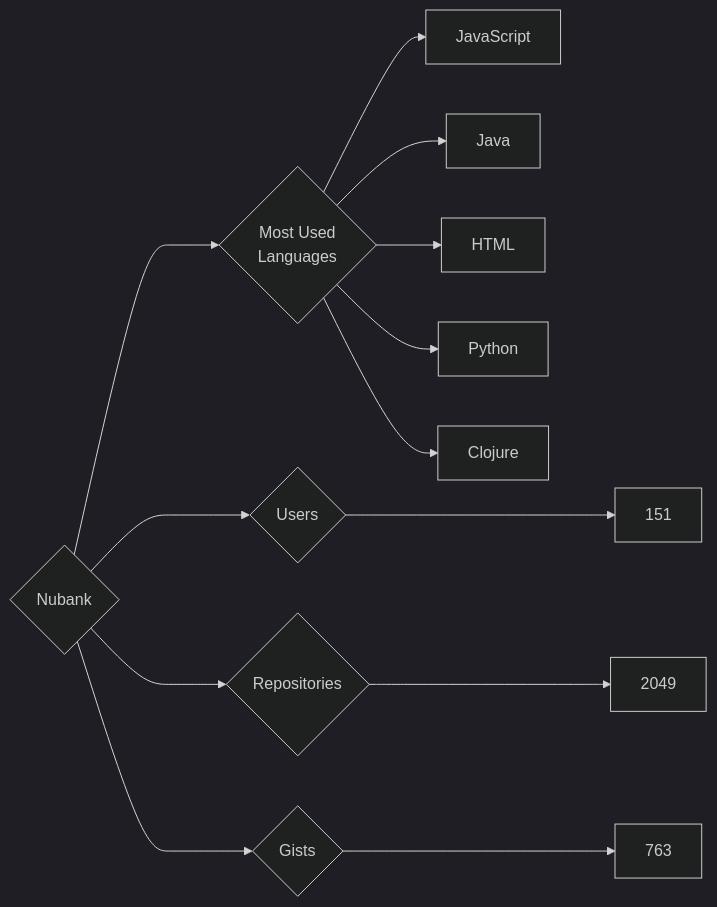
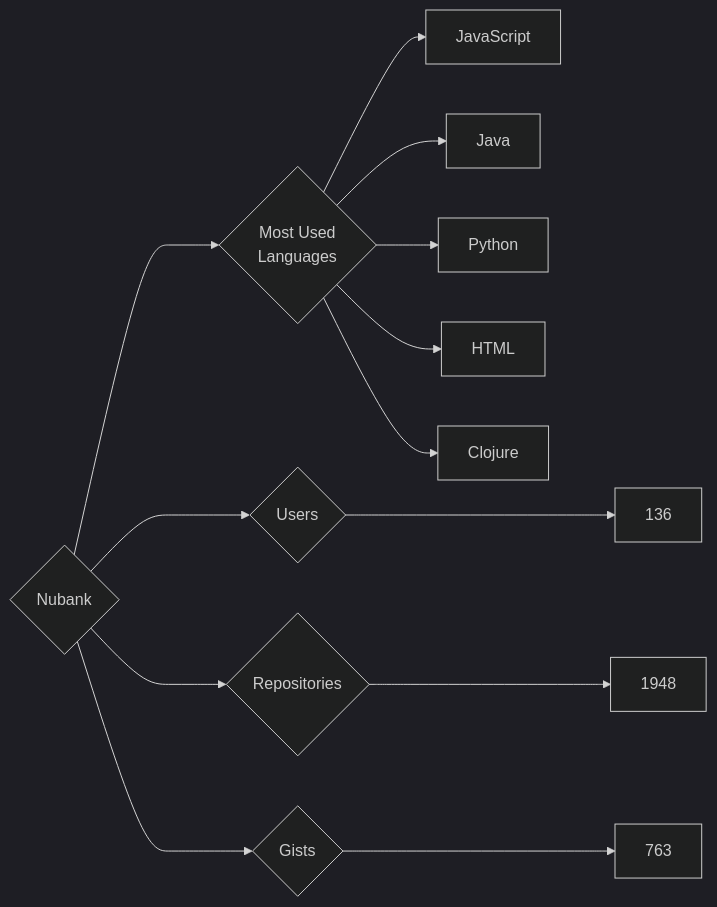
The diagram in targets/Nubank/README.md (trickest/insiders), drawn with Mermaid (dark theme) before and after one commit. The commit also changed 765 other files, not shown here.

````diff
--- a/targets/Nubank/README.md
+++ b/targets/Nubank/README.md
@@ -3,13 +3,13 @@
 ```mermaid
 graph LR
 COMPANY_NAME{Nubank}
-COMPANY_NAME ---> U{Users} ---> UN[151]
-COMPANY_NAME ---> R{Repositories} ---> RN[2049]
+COMPANY_NAME ---> U{Users} ---> UN[136]
+COMPANY_NAME ---> R{Repositories} ---> RN[1948]
 COMPANY_NAME ---> G{Gists} ---> GN[763]
 COMPANY_NAME ---> ML{Most Used<br>Languages}
 ML --> JavaScript[JavaScript]
 ML --> Java[Java]
+ML --> Python[Python]
 ML --> HTML[HTML]
-ML --> Python[Python]
 ML --> Clojure[Clojure]
 ```
````
